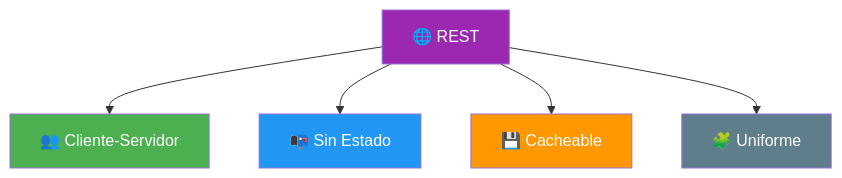
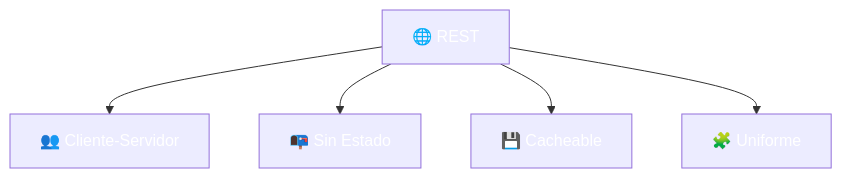
One commit to joseluisgs/DesarrolloWebEntornosServidor-02-2026-2027 changed the second of 4 diagrams in 02-rest-api.md. Above: the diagram before and after it, drawn with Mermaid. The commit also changed other lines of this file and 41 other files, not shown here.

````diff
--- a/02-rest-api.md
+++ b/02-rest-api.md
@@ -67,12 +67,12 @@
 ```mermaid
 flowchart TD
     A["🌐 REST"] --> B["👥 Cliente-Servidor"]
     A --> C["📭 Sin Estado"]
     A --> D["💾 Cacheable"]
     A --> E["🧩 Uniforme"]
-    style A fill:#9C27B0,color:#fff
-    style B fill:#4CAF50,color:#fff
-    style C fill:#2196F3,color:#fff
-    style D fill:#FF9800,color:#fff
-    style E fill:#607D8B,color:#fff
+    style A fill:#9C27B,color:#fff0,color:#fff
+    style B fill:#4CAF5,color:#fff0,color:#fff
+    style C fill:#2196F,color:#fff3,color:#fff
+    style D fill:#FF980,color:#fff0,color:#fff
+    style E fill:#607D8,color:#fffB,color:#fff
 ```
````
